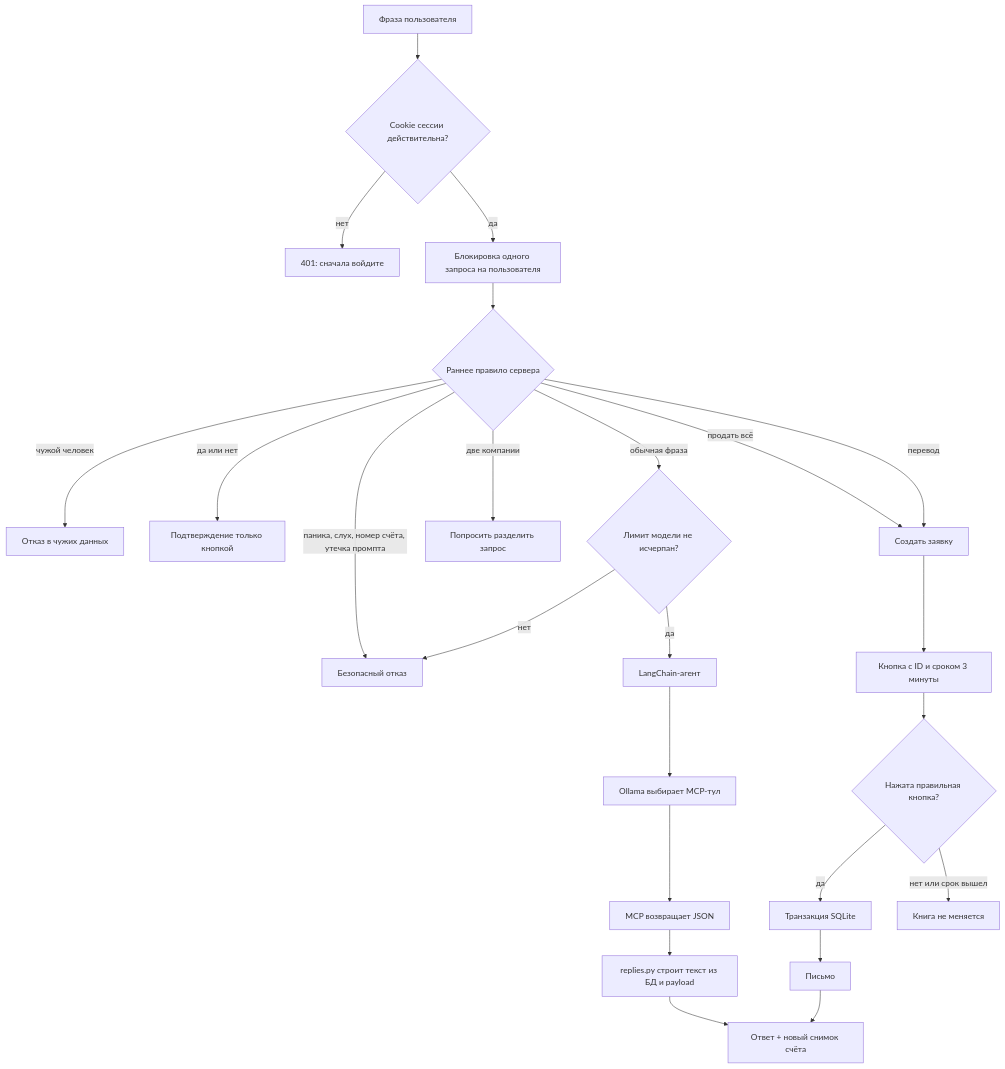
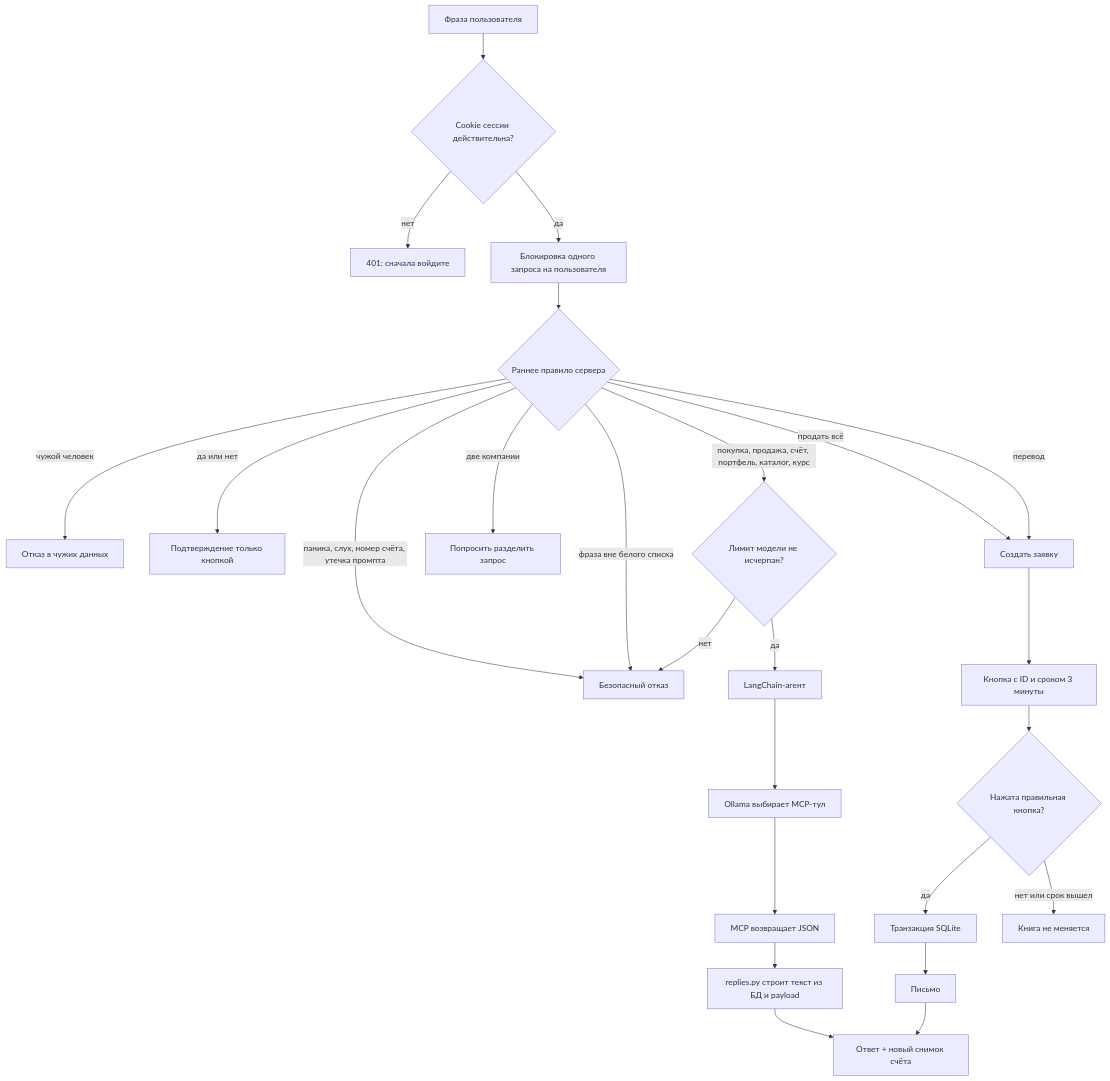
The third of 4 diagrams in отчет по проделанной работе/01_Архитектура_и_организация_проекта.md (truchekaterina/mlsecops_agent), drawn with Mermaid before and after one commit. The commit also changed other lines of this file and 8 other files, not shown here.

````diff
--- a/отчет по проделанной работе/01_Архитектура_и_организация_проекта.md
+++ b/отчет по проделанной работе/01_Архитектура_и_организация_проекта.md
@@ -169,29 +169,30 @@
 ```mermaid
 flowchart TD
     A[Фраза пользователя] --> B{Cookie сессии действительна?}
     B -->|нет| C[401: сначала войдите]
     B -->|да| D[Блокировка одного запроса на пользователя]
     D --> E{Раннее правило сервера}
 
     E -->|паника, слух, номер счёта, утечка промпта| F[Безопасный отказ]
     E -->|чужой человек| G[Отказ в чужих данных]
     E -->|да или нет| H[Подтверждение только кнопкой]
     E -->|продать всё| I[Создать заявку]
     E -->|перевод| I
     E -->|две компании| J[Попросить разделить запрос]
-    E -->|обычная фраза| RL{Лимит модели не исчерпан?}
+    E -->|фраза вне белого списка| F
+    E -->|покупка, продажа, счёт, портфель, каталог, курс| RL{Лимит модели не исчерпан?}
     RL -->|нет| F
     RL -->|да| K[LangChain-агент]
 
     K --> L[Ollama выбирает MCP-тул]
     L --> M[MCP возвращает JSON]
     M --> N[replies.py строит текст из БД и payload]
     N --> O[Ответ + новый снимок счёта]
 
     I --> P[Кнопка с ID и сроком 3 минуты]
     P --> Q{Нажата правильная кнопка?}
     Q -->|да| R[Транзакция SQLite]
     Q -->|нет или срок вышел| S[Книга не меняется]
     R --> T[Письмо]
     T --> O
 ```
````
